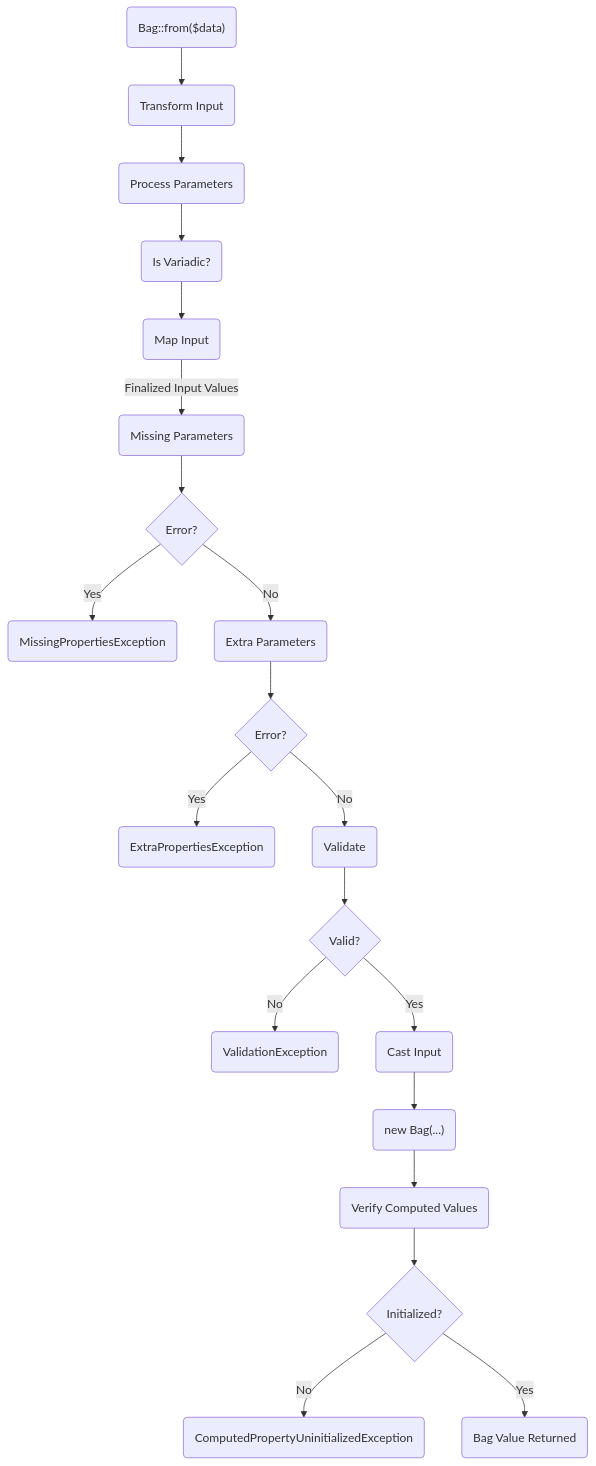
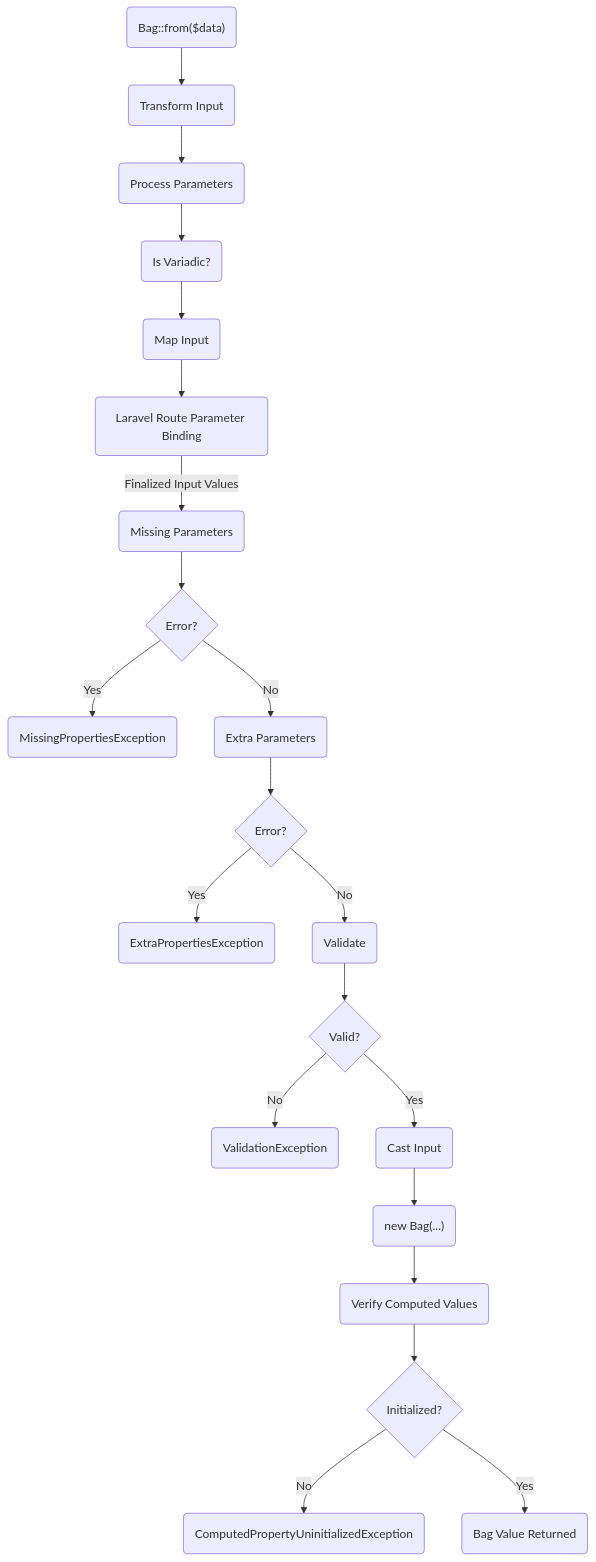
Before and after one commit to dshafik/bag: the first of 4 diagrams in docs/how-bag-works.md, drawn with Mermaid. The commit also changed 21 other files, not shown here.

Commit message:
feat: Add support for mapping Laravel Request params to Bag properties

````diff
--- a/docs/how-bag-works.md
+++ b/docs/how-bag-works.md
@@ -22,39 +22,41 @@
 ```mermaid
 graph TD;
 start("Bag::from($data)")
 --> transform(Transform Input)
 --> process(Process Parameters) 
 --> variadic(Is Variadic?)
 --> mapInput(Map Input)
+--> laravelParams(Laravel Route Parameter Binding)
 -- Finalized Input Values --> missing(Missing Parameters) --> missingError{Error?}
 missingError -- Yes --> errorMissingParameters(MissingPropertiesException)
 missingError -- No --> extra(Extra Parameters) --> extraError{Error?}
 extraError -- Yes --> errorExtraParameters(ExtraPropertiesException)
 extraError -- No --> validate(Validate)
 --> valid{Valid?}
 valid -- No --> errorValidation(ValidationException)
 valid -- Yes --> cast(Cast Input)
 --> construct("new Bag(...)")
 --> computed(Verify Computed Values)
 --> initialized{Initialized?}
 initialized -- No --> errorInitialization(ComputedPropertyUninitializedException)
 initialized -- Yes
 --> bag(Bag Value Returned)
 
 class start mermaid-start
 class missingError,extraError,valid,initialized mermaid-decision
 class bag mermaid-end
 class errorMissingParameters,errorExtraParameters,errorValidation,errorInitialization mermaid-error
 
 click start "https://github.com/dshafik/bag/blob/main/src/Bag/Bag.php" _blank
 click transform "https://github.com/dshafik/bag/blob/main/src/Bag/Pipelines/Pipes/Transform.php" _blank
 click process "https://github.com/dshafik/bag/blob/main/src/Bag/Pipelines/Pipes/ProcessParameters.php" _blank
 click variadic "https://github.com/dshafik/bag/blob/main/src/Bag/Pipelines/Pipes/IsVariadic.php" _blank
 click mapInput "https://github.com/dshafik/bag/blob/main/src/Bag/Pipelines/Pipes/MapInput.php" _blank
+click laravelParams "https://github.com/dshafik/bag/blob/main/src/Bag/Pipelines/Pipes/LaravelRouteParameters.php" _blank
 click missing "https://github.com/dshafik/bag/blob/main/src/Bag/Pipelines/Pipes/MissingParameters.php" _blank
 click extra "https://github.com/dshafik/bag/blob/main/src/Bag/Pipelines/Pipes/ExtraParameters.php" _blank
 click validate "https://github.com/dshafik/bag/blob/main/src/Bag/Pipelines/Pipes/Validate.php" _blank
 click cast "https://github.com/dshafik/bag/blob/main/src/Bag/Pipelines/Pipes/CastInputValues.php" _blank
 click construct "https://github.com/dshafik/bag/blob/main/src/Bag/Pipelines/Pipes/FillBag.php" _blank
 click computed "https://github.com/dshafik/bag/blob/main/src/Bag/Pipelines/Pipes/ComputedValues.php" _blank
 ```
````
